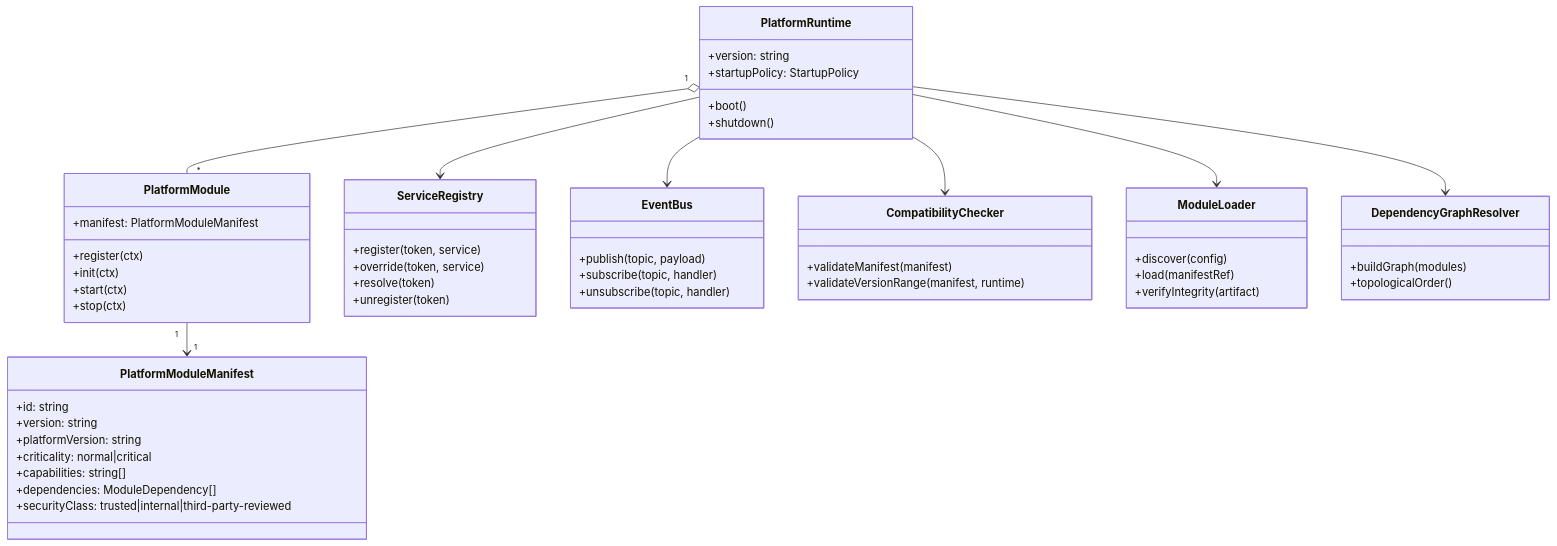
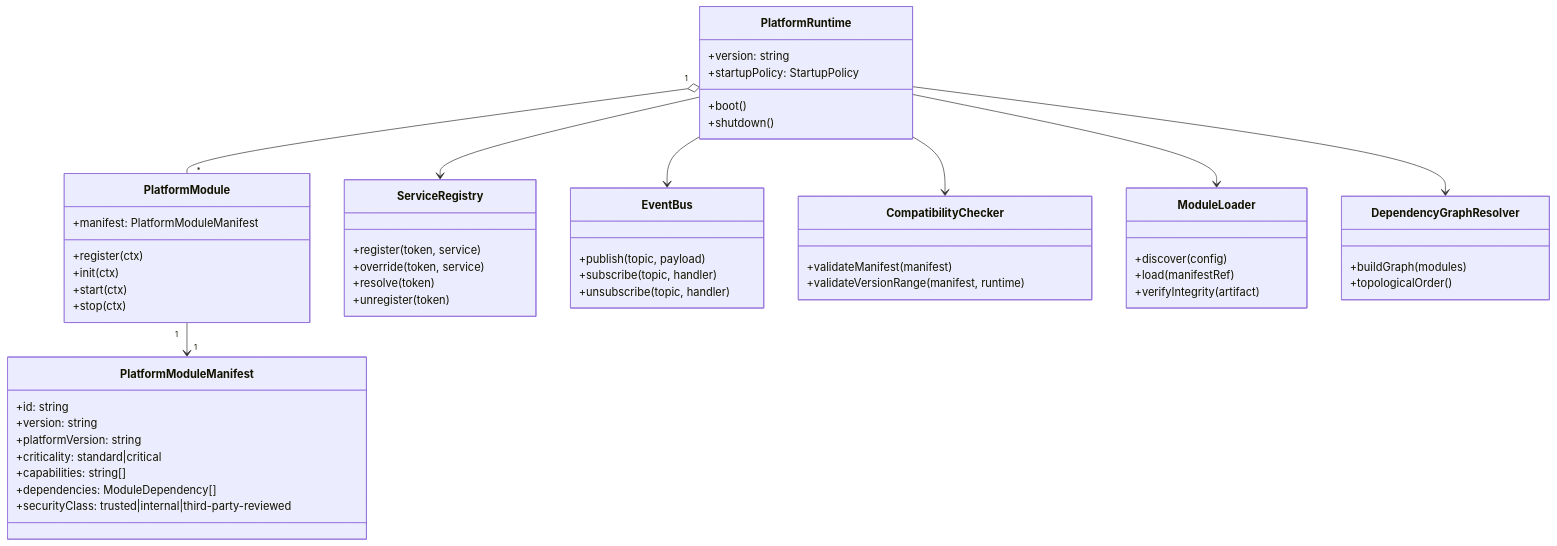
One commit to prosto-systems/prosto-platform changed the first of 2 diagrams in .context/02-architecture-design/02-domain-and-capability-model.md. Above: the diagram before and after it, drawn with Mermaid. The commit also changed 72 other files, not shown here.

````diff
--- a/.context/02-architecture-design/02-domain-and-capability-model.md
+++ b/.context/02-architecture-design/02-domain-and-capability-model.md
@@ -22,64 +22,64 @@
 ```mermaid
 classDiagram
   class PlatformRuntime {
     +version: string
     +startupPolicy: StartupPolicy
     +boot()
     +shutdown()
   }
 
   class PlatformModule {
     +manifest: PlatformModuleManifest
     +register(ctx)
     +init(ctx)
     +start(ctx)
     +stop(ctx)
   }
 
   class PlatformModuleManifest {
     +id: string
     +version: string
     +platformVersion: string
-    +criticality: normal|critical
+    +criticality: standard|critical
     +capabilities: string[]
     +dependencies: ModuleDependency[]
     +securityClass: trusted|internal|third-party-reviewed
   }
 
   class ServiceRegistry {
     +register(token, service)
     +override(token, service)
     +resolve(token)
     +unregister(token)
   }
 
   class EventBus {
     +publish(topic, payload)
     +subscribe(topic, handler)
     +unsubscribe(topic, handler)
   }
 
   class CompatibilityChecker {
     +validateManifest(manifest)
     +validateVersionRange(manifest, runtime)
   }
 
   class ModuleLoader {
     +discover(config)
     +load(manifestRef)
     +verifyIntegrity(artifact)
   }
 
   class DependencyGraphResolver {
     +buildGraph(modules)
     +topologicalOrder()
   }
 
   PlatformRuntime --> ModuleLoader
   PlatformRuntime --> CompatibilityChecker
   PlatformRuntime --> DependencyGraphResolver
   PlatformRuntime --> ServiceRegistry
   PlatformRuntime --> EventBus
   PlatformRuntime "1" o-- "*" PlatformModule
   PlatformModule "1" --> "1" PlatformModuleManifest
 ```
````
